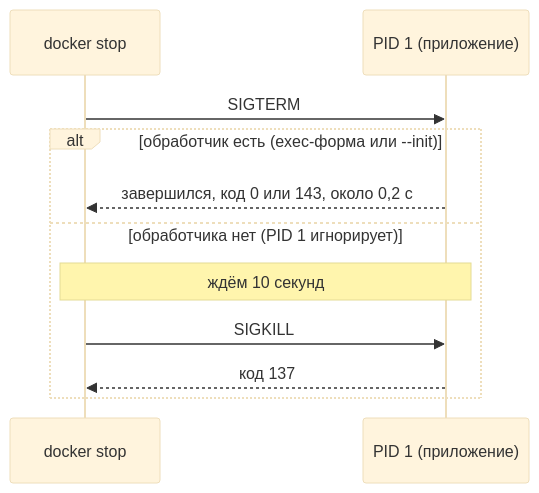
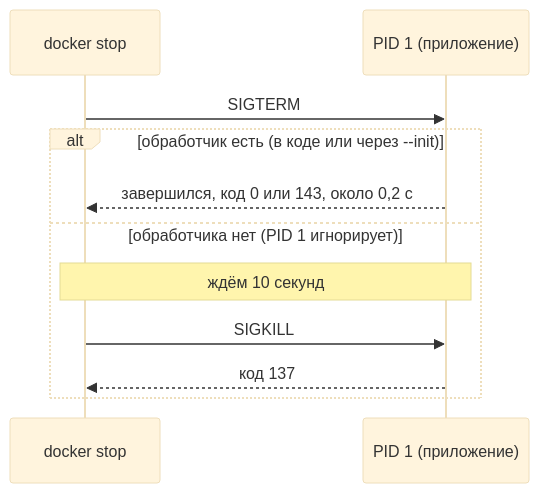
Before and after one commit to distinguished-sre/learning: the third of 4 diagrams in devops/04-docker/09-docker-troubleshooting.md, drawn with Mermaid (base theme). The commit also changed other lines of this file and 462 other files, not shown here.

````diff
--- a/devops/04-docker/09-docker-troubleshooting.md
+++ b/devops/04-docker/09-docker-troubleshooting.md
@@ -530,13 +512,13 @@
 ```mermaid
 sequenceDiagram
     participant D as docker stop
     participant P as PID 1 (приложение)
     D->>P: SIGTERM
-    alt обработчик есть (exec-форма или --init)
+    alt обработчик есть (в коде или через --init)
         P-->>D: завершился, код 0 или 143, около 0,2 с
     else обработчика нет (PID 1 игнорирует)
         Note over D,P: ждём 10 секунд
         D->>P: SIGKILL
         P-->>D: код 137
     end
 ```
````
